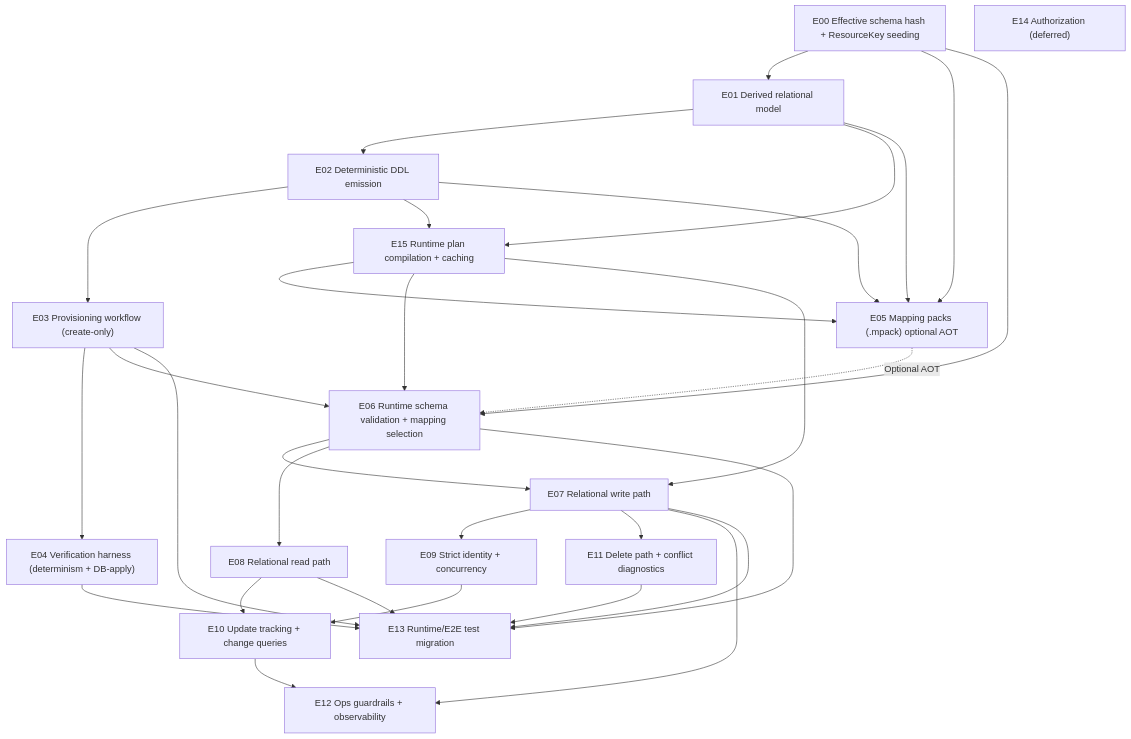
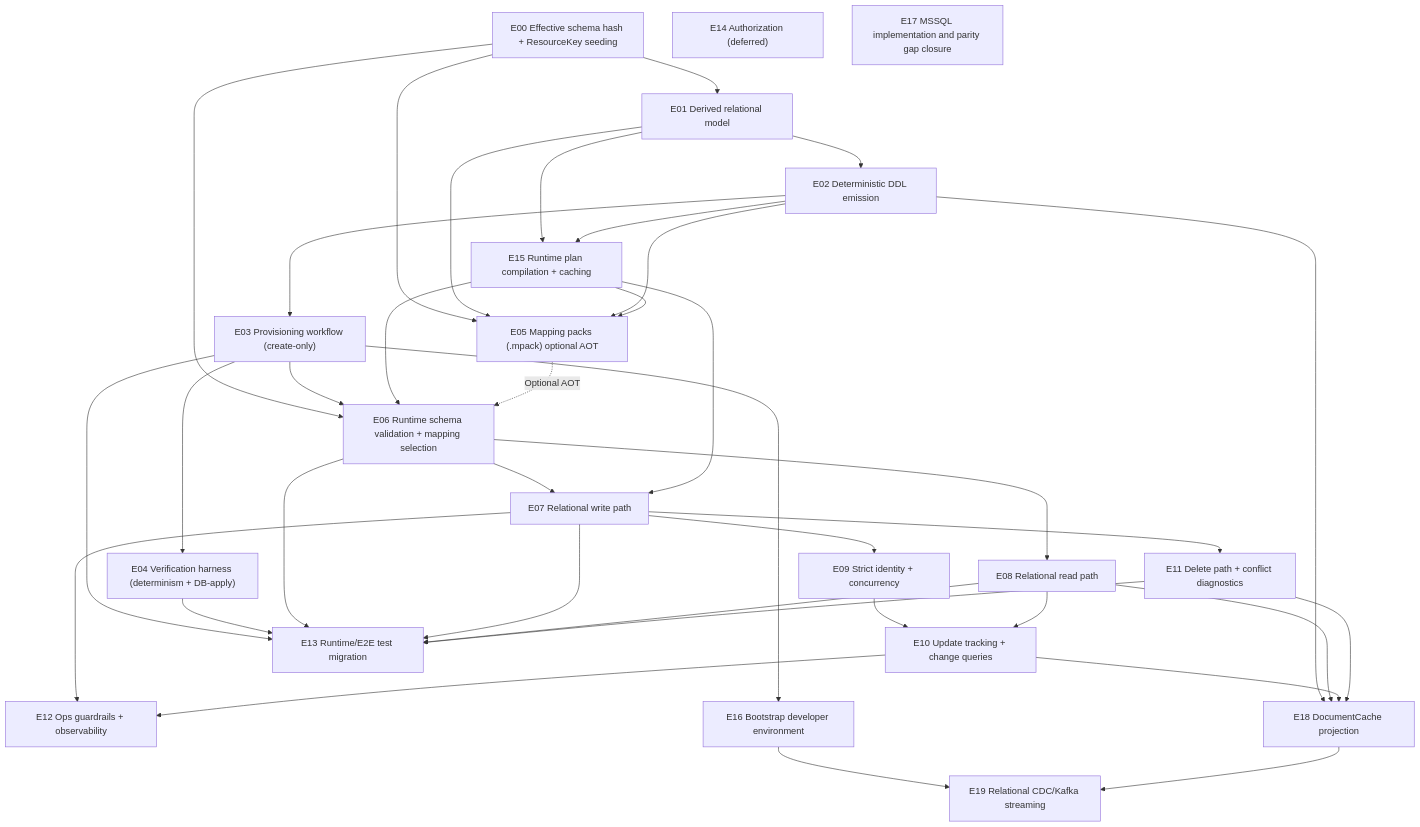
Before and after one commit to Ed-Fi-Alliance-OSS/Data-Management-Service: the diagram in reference/design/backend-redesign/epics/DEPENDENCIES.md, drawn with Mermaid. The commit also changed other lines of this file and 50 other files, not shown here.

First line of the commit message:
[DMS-1245][DMS-1246] DocumentCache and Kafka Streaming (#1122)

````diff
--- a/reference/design/backend-redesign/epics/DEPENDENCIES.md
+++ b/reference/design/backend-redesign/epics/DEPENDENCIES.md
@@ -25,50 +26,65 @@
 ```mermaid
 graph TD
   E00["E00 Effective schema hash + ResourceKey seeding"]
   E01["E01 Derived relational model"]
   E02["E02 Deterministic DDL emission"]
   E03["E03 Provisioning workflow (create-only)"]
   E04["E04 Verification harness (determinism + DB-apply)"]
   E05["E05 Mapping packs (.mpack) optional AOT"]
   E06["E06 Runtime schema validation + mapping selection"]
   E07["E07 Relational write path"]
   E08["E08 Relational read path"]
   E09["E09 Strict identity + concurrency"]
   E10["E10 Update tracking + change queries"]
   E11["E11 Delete path + conflict diagnostics"]
   E12["E12 Ops guardrails + observability"]
   E13["E13 Runtime/E2E test migration"]
   E14["E14 Authorization (deferred)"]
   E15["E15 Runtime plan compilation + caching"]
+  E16["E16 Bootstrap developer environment"]
+  E17["E17 MSSQL implementation and parity gap closure"]
+  E18["E18 DocumentCache projection"]
+  E19["E19 Relational CDC/Kafka streaming"]
 
   E00 --> E01 --> E02 --> E03 --> E04
 
   E01 --> E15
   E02 --> E15
 
   E00 --> E05
   E01 --> E05
   E02 --> E05
   E15 --> E05
 
   E00 --> E06
   E03 --> E06
   E15 --> E06
   E05 -. Optional AOT .-> E06
 
   E06 --> E07 --> E09 --> E10
   E15 --> E07
   E06 --> E08 --> E10
   E07 --> E11
   E07 --> E12
   E10 --> E12
 
   E03 --> E13
   E04 --> E13
   E06 --> E13
   E07 --> E13
   E08 --> E13
   E11 --> E13
 
+  E03 --> E16
+
+  E02 --> E18
+  E08 --> E18
+  E10 --> E18
+  E11 --> E18
+
+  E16 --> E19
+  E18 --> E19
+
   E14
+  E17
 ```
````
